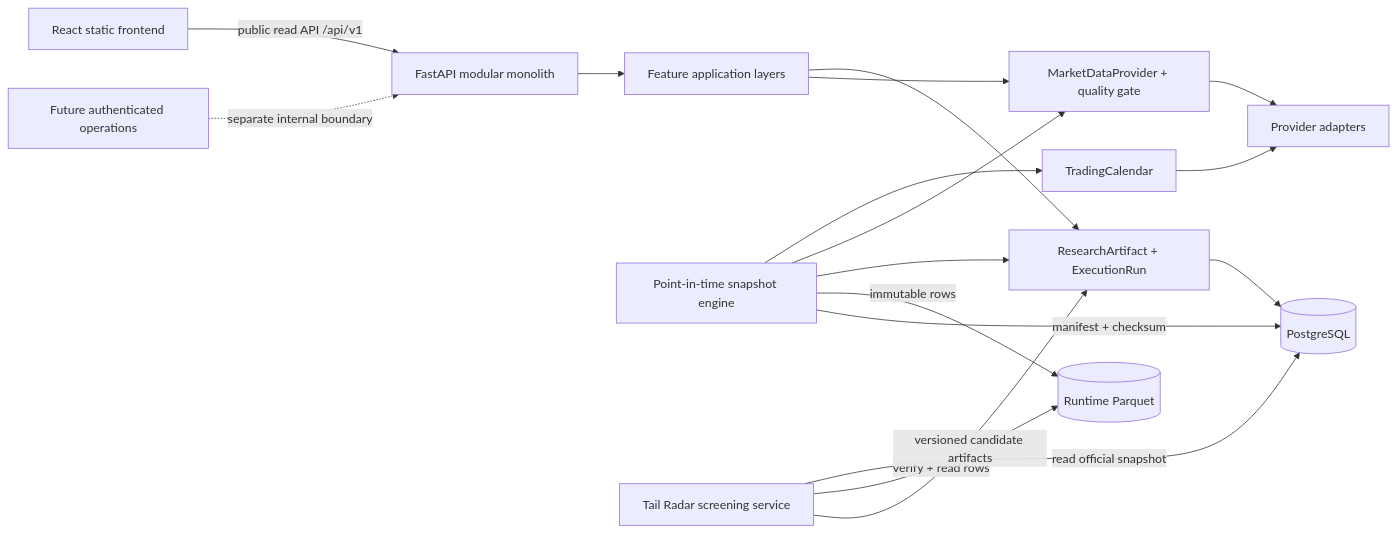
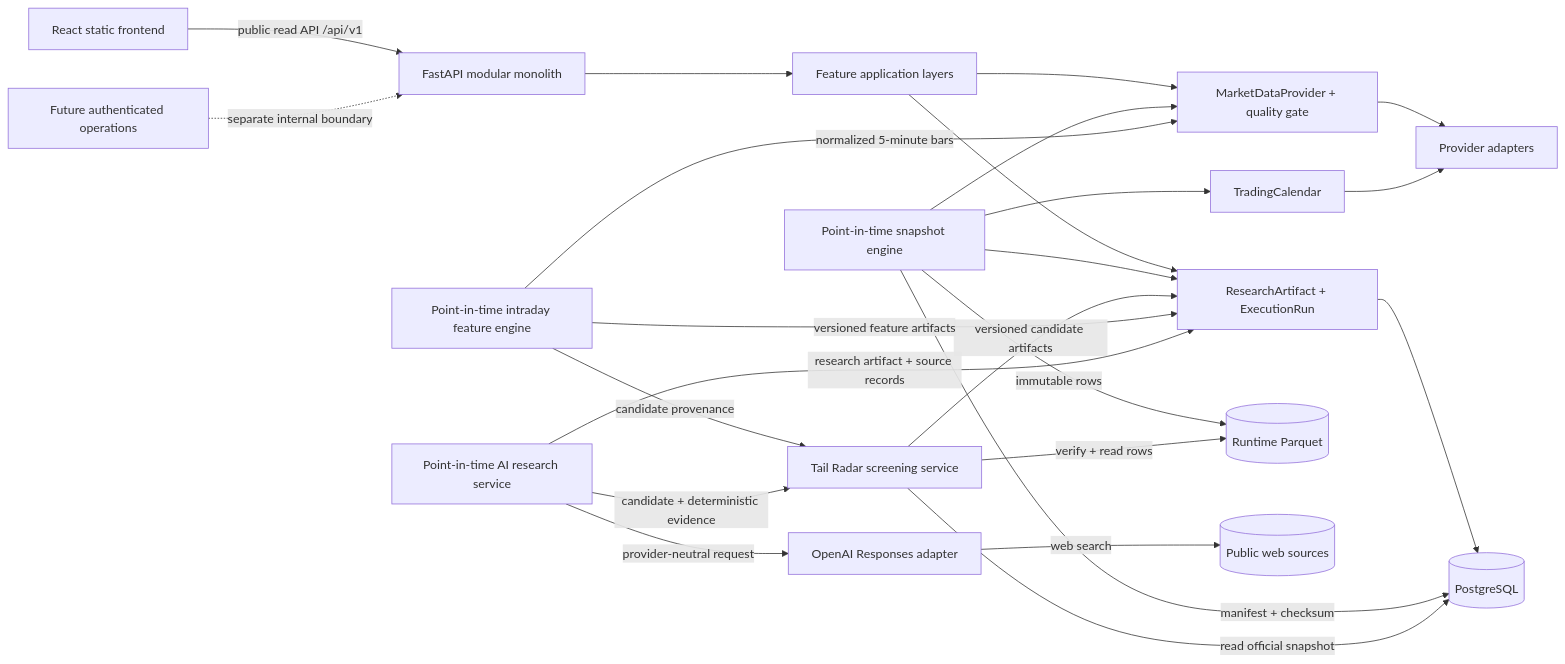
The diagram in docs/architecture.md (Y-jerryg/a-stock-lab), drawn with Mermaid before and after one commit. The commit also changed other lines of this file and 47 other files, not shown here.

Commit message:
OPENAI WEB RESEARCH ENGINE

````diff
--- a/docs/architecture.md
+++ b/docs/architecture.md
@@ -9,19 +9,26 @@
 ```mermaid
 flowchart LR
   Browser["React static frontend"] -->|"public read API /api/v1"| API["FastAPI modular monolith"]
   API --> Features["Feature application layers"]
   Features --> Shared["ResearchArtifact + ExecutionRun"]
   Features --> MarketData["MarketDataProvider + quality gate"]
   MarketData --> Adapters["Provider adapters"]
   Calendar["TradingCalendar"] --> Adapters
   Engine["Point-in-time snapshot engine"] --> Calendar
   Engine --> MarketData
   Engine --> Shared
   Shared --> Postgres[(PostgreSQL)]
   Engine -->|"immutable rows"| Parquet[(Runtime Parquet)]
   Engine -->|"manifest + checksum"| Postgres
   TailRadar["Tail Radar screening service"] -->|"read official snapshot"| Postgres
   TailRadar -->|"verify + read rows"| Parquet
   TailRadar -->|"versioned candidate artifacts"| Shared
+  Intraday["Point-in-time intraday feature engine"] -->|"normalized 5-minute bars"| MarketData
+  Intraday -->|"versioned feature artifacts"| Shared
+  Intraday -->|"candidate provenance"| TailRadar
+  AIResearch["Point-in-time AI research service"] -->|"provider-neutral request"| OpenAIAdapter["OpenAI Responses adapter"]
+  OpenAIAdapter -->|"web search"| Web[(Public web sources)]
+  AIResearch -->|"research artifact + source records"| Shared
+  AIResearch -->|"candidate + deterministic evidence"| TailRadar
   Internal["Future authenticated operations"] -.->|"separate internal boundary"| API
 ```
````
